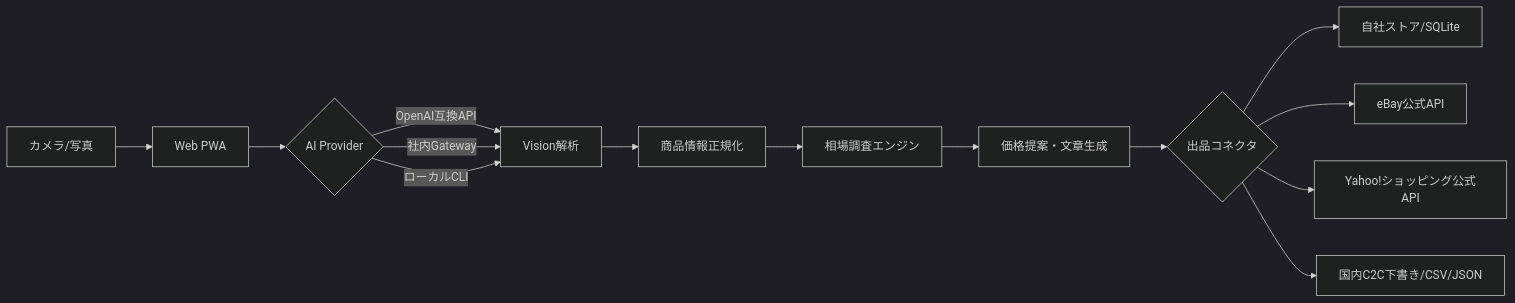
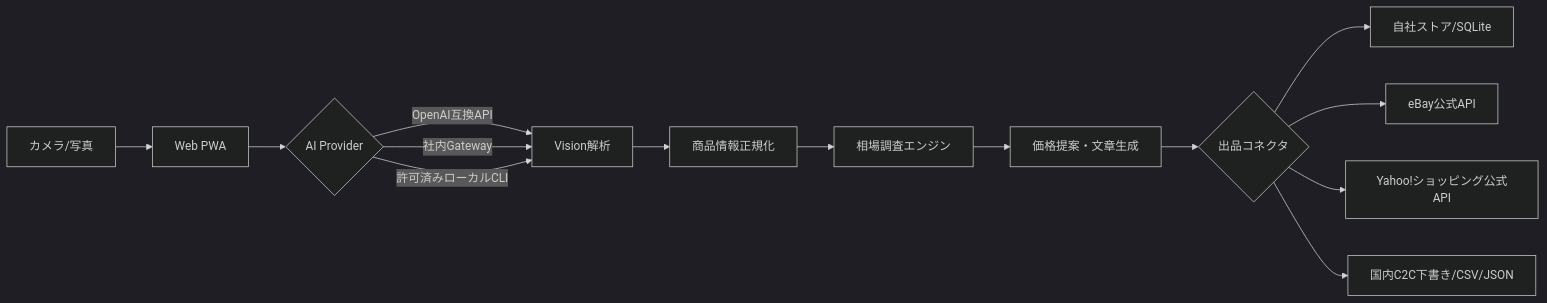
Before and after one commit to univcorp2-ctrl/snaplist-ai-marketplace: the diagram in README.md, drawn with Mermaid (dark theme). The commit also changed other lines of this file, not shown here.

````diff
--- a/README.md
+++ b/README.md
@@ -19,16 +24,16 @@
 ```mermaid
 flowchart LR
   A[カメラ/写真] --> B[Web PWA]
   B --> C{AI Provider}
   C -->|OpenAI互換API| D[Vision解析]
   C -->|社内Gateway| D
-  C -->|ローカルCLI| D
+  C -->|許可済みローカルCLI| D
   D --> E[商品情報正規化]
   E --> F[相場調査エンジン]
   F --> G[価格提案・文章生成]
   G --> H{出品コネクタ}
   H --> I[自社ストア/SQLite]
   H --> J[eBay公式API]
   H --> K[Yahoo!ショッピング公式API]
   H --> L[国内C2C下書き/CSV/JSON]
 ```
````
